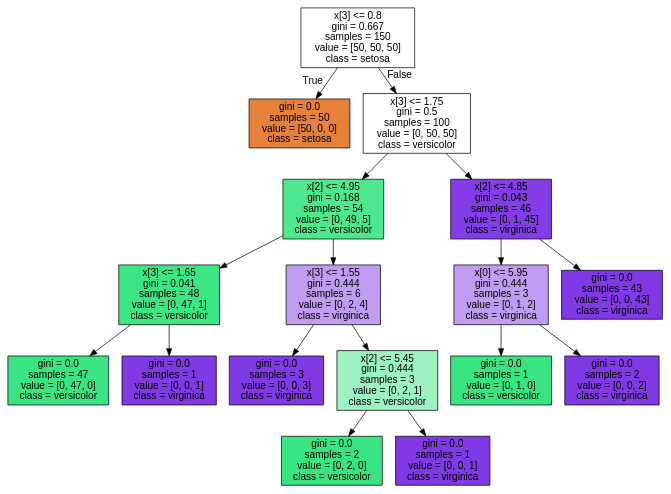
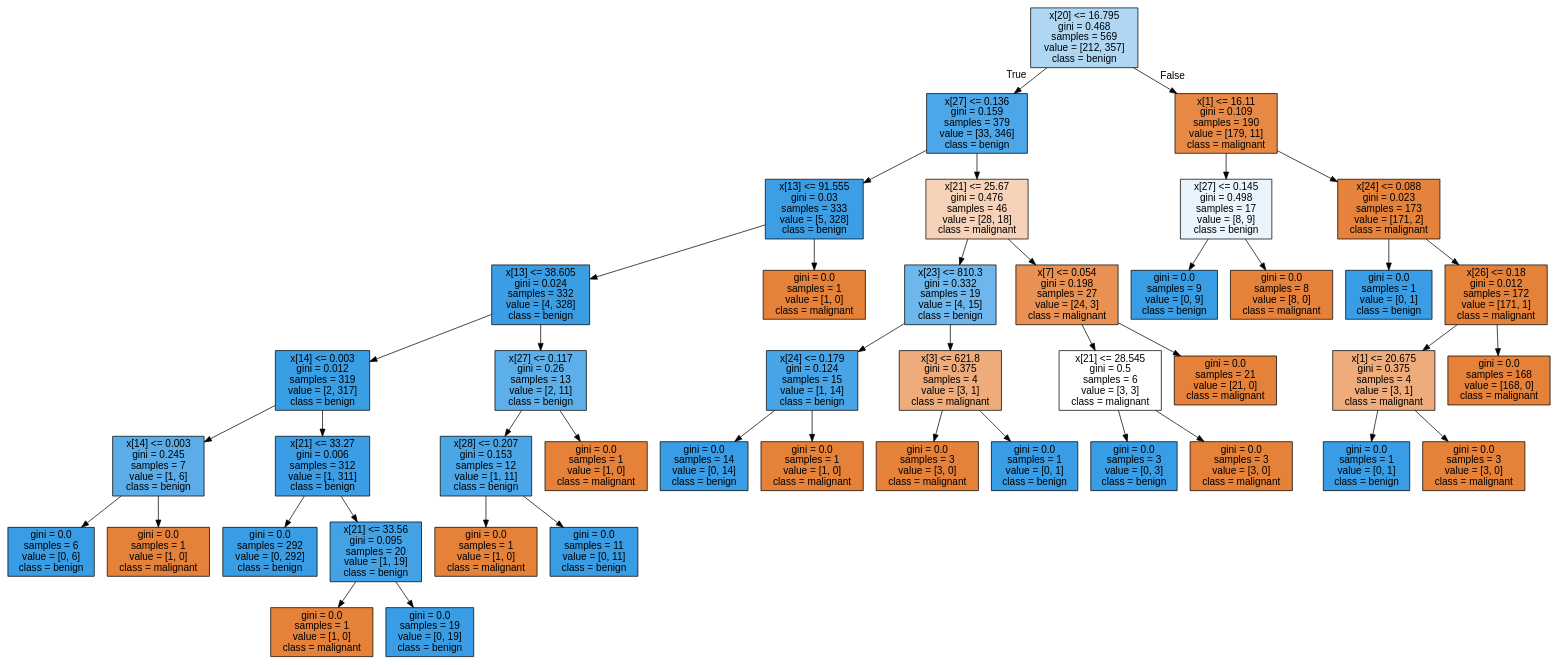
One commit to Souniz/master1 changed the diagram in S1/Apprentissage_Auto/TP/tree.dot. Above: the diagram before and after it, drawn with Graphviz. The commit also changed 6 other files, not shown here.

```diff
--- a/S1/Apprentissage_Auto/TP/tree.dot
+++ b/S1/Apprentissage_Auto/TP/tree.dot
@@ -1,37 +1,89 @@
 digraph Tree {
 node [shape=box, style="filled", color="black", fontname="helvetica"] ;
 edge [fontname="helvetica"] ;
-0 [label="x[3] <= 0.8\ngini = 0.667\nsamples = 150\nvalue = [50, 50, 50]\nclass = setosa", fillcolor="#ffffff"] ;
-1 [label="gini = 0.0\nsamples = 50\nvalue = [50, 0, 0]\nclass = setosa", fillcolor="#e58139"] ;
+0 [label="x[20] <= 16.795\ngini = 0.468\nsamples = 569\nvalue = [212, 357]\nclass = benign", fillcolor="#afd7f4"] ;
+1 [label="x[27] <= 0.136\ngini = 0.159\nsamples = 379\nvalue = [33, 346]\nclass = benign", fillcolor="#4ca6e7"] ;
 0 -> 1 [labeldistance=2.5, labelangle=45, headlabel="True"] ;
-2 [label="x[3] <= 1.75\ngini = 0.5\nsamples = 100\nvalue = [0, 50, 50]\nclass = versicolor", fillcolor="#ffffff"] ;
-0 -> 2 [labeldistance=2.5, labelangle=-45, headlabel="False"] ;
-3 [label="x[2] <= 4.95\ngini = 0.168\nsamples = 54\nvalue = [0, 49, 5]\nclass = versicolor", fillcolor="#4de88e"] ;
+2 [label="x[13] <= 91.555\ngini = 0.03\nsamples = 333\nvalue = [5, 328]\nclass = benign", fillcolor="#3c9ee5"] ;
+1 -> 2 ;
+3 [label="x[13] <= 38.605\ngini = 0.024\nsamples = 332\nvalue = [4, 328]\nclass = benign", fillcolor="#3b9ee5"] ;
 2 -> 3 ;
-4 [label="x[3] <= 1.65\ngini = 0.041\nsamples = 48\nvalue = [0, 47, 1]\nclass = versicolor", fillcolor="#3de684"] ;
+4 [label="x[14] <= 0.003\ngini = 0.012\nsamples = 319\nvalue = [2, 317]\nclass = benign", fillcolor="#3a9ee5"] ;
 3 -> 4 ;
-5 [label="gini = 0.0\nsamples = 47\nvalue = [0, 47, 0]\nclass = versicolor", fillcolor="#39e581"] ;
+5 [label="x[14] <= 0.003\ngini = 0.245\nsamples = 7\nvalue = [1, 6]\nclass = benign", fillcolor="#5aade9"] ;
 4 -> 5 ;
-6 [label="gini = 0.0\nsamples = 1\nvalue = [0, 0, 1]\nclass = virginica", fillcolor="#8139e5"] ;
-4 -> 6 ;
-7 [label="x[3] <= 1.55\ngini = 0.444\nsamples = 6\nvalue = [0, 2, 4]\nclass = virginica", fillcolor="#c09cf2"] ;
-3 -> 7 ;
-8 [label="gini = 0.0\nsamples = 3\nvalue = [0, 0, 3]\nclass = virginica", fillcolor="#8139e5"] ;
-7 -> 8 ;
-9 [label="x[2] <= 5.45\ngini = 0.444\nsamples = 3\nvalue = [0, 2, 1]\nclass = versicolor", fillcolor="#9cf2c0"] ;
-7 -> 9 ;
-10 [label="gini = 0.0\nsamples = 2\nvalue = [0, 2, 0]\nclass = versicolor", fillcolor="#39e581"] ;
-9 -> 10 ;
-11 [label="gini = 0.0\nsamples = 1\nvalue = [0, 0, 1]\nclass = virginica", fillcolor="#8139e5"] ;
-9 -> 11 ;
-12 [label="x[2] <= 4.85\ngini = 0.043\nsamples = 46\nvalue = [0, 1, 45]\nclass = virginica", fillcolor="#843de6"] ;
-2 -> 12 ;
-13 [label="x[0] <= 5.95\ngini = 0.444\nsamples = 3\nvalue = [0, 1, 2]\nclass = virginica", fillcolor="#c09cf2"] ;
-12 -> 13 ;
-14 [label="gini = 0.0\nsamples = 1\nvalue = [0, 1, 0]\nclass = versicolor", fillcolor="#39e581"] ;
+6 [label="gini = 0.0\nsamples = 6\nvalue = [0, 6]\nclass = benign", fillcolor="#399de5"] ;
+5 -> 6 ;
+7 [label="gini = 0.0\nsamples = 1\nvalue = [1, 0]\nclass = malignant", fillcolor="#e58139"] ;
+5 -> 7 ;
+8 [label="x[21] <= 33.27\ngini = 0.006\nsamples = 312\nvalue = [1, 311]\nclass = benign", fillcolor="#3a9de5"] ;
+4 -> 8 ;
+9 [label="gini = 0.0\nsamples = 292\nvalue = [0, 292]\nclass = benign", fillcolor="#399de5"] ;
+8 -> 9 ;
+10 [label="x[21] <= 33.56\ngini = 0.095\nsamples = 20\nvalue = [1, 19]\nclass = benign", fillcolor="#43a2e6"] ;
+8 -> 10 ;
+11 [label="gini = 0.0\nsamples = 1\nvalue = [1, 0]\nclass = malignant", fillcolor="#e58139"] ;
+10 -> 11 ;
+12 [label="gini = 0.0\nsamples = 19\nvalue = [0, 19]\nclass = benign", fillcolor="#399de5"] ;
+10 -> 12 ;
+13 [label="x[27] <= 0.117\ngini = 0.26\nsamples = 13\nvalue = [2, 11]\nclass = benign", fillcolor="#5dafea"] ;
+3 -> 13 ;
+14 [label="x[28] <= 0.207\ngini = 0.153\nsamples = 12\nvalue = [1, 11]\nclass = benign", fillcolor="#4ba6e7"] ;
 13 -> 14 ;
-15 [label="gini = 0.0\nsamples = 2\nvalue = [0, 0, 2]\nclass = virginica", fillcolor="#8139e5"] ;
-13 -> 15 ;
-16 [label="gini = 0.0\nsamples = 43\nvalue = [0, 0, 43]\nclass = virginica", fillcolor="#8139e5"] ;
-12 -> 16 ;
+15 [label="gini = 0.0\nsamples = 1\nvalue = [1, 0]\nclass = malignant", fillcolor="#e58139"] ;
+14 -> 15 ;
+16 [label="gini = 0.0\nsamples = 11\nvalue = [0, 11]\nclass = benign", fillcolor="#399de5"] ;
+14 -> 16 ;
+17 [label="gini = 0.0\nsamples = 1\nvalue = [1, 0]\nclass = malignant", fillcolor="#e58139"] ;
+13 -> 17 ;
+18 [label="gini = 0.0\nsamples = 1\nvalue = [1, 0]\nclass = malignant", fillcolor="#e58139"] ;
+2 -> 18 ;
+19 [label="x[21] <= 25.67\ngini = 0.476\nsamples = 46\nvalue = [28, 18]\nclass = malignant", fillcolor="#f6d2b8"] ;
+1 -> 19 ;
+20 [label="x[23] <= 810.3\ngini = 0.332\nsamples = 19\nvalue = [4, 15]\nclass = benign", fillcolor="#6eb7ec"] ;
+19 -> 20 ;
+21 [label="x[24] <= 0.179\ngini = 0.124\nsamples = 15\nvalue = [1, 14]\nclass = benign", fillcolor="#47a4e7"] ;
+20 -> 21 ;
+22 [label="gini = 0.0\nsamples = 14\nvalue = [0, 14]\nclass = benign", fillcolor="#399de5"] ;
+21 -> 22 ;
+23 [label="gini = 0.0\nsamples = 1\nvalue = [1, 0]\nclass = malignant", fillcolor="#e58139"] ;
+21 -> 23 ;
+24 [label="x[3] <= 621.8\ngini = 0.375\nsamples = 4\nvalue = [3, 1]\nclass = malignant", fillcolor="#eeab7b"] ;
+20 -> 24 ;
+25 [label="gini = 0.0\nsamples = 3\nvalue = [3, 0]\nclass = malignant", fillcolor="#e58139"] ;
+24 -> 25 ;
+26 [label="gini = 0.0\nsamples = 1\nvalue = [0, 1]\nclass = benign", fillcolor="#399de5"] ;
+24 -> 26 ;
+27 [label="x[7] <= 0.054\ngini = 0.198\nsamples = 27\nvalue = [24, 3]\nclass = malignant", fillcolor="#e89152"] ;
+19 -> 27 ;
+28 [label="x[21] <= 28.545\ngini = 0.5\nsamples = 6\nvalue = [3, 3]\nclass = malignant", fillcolor="#ffffff"] ;
+27 -> 28 ;
+29 [label="gini = 0.0\nsamples = 3\nvalue = [0, 3]\nclass = benign", fillcolor="#399de5"] ;
+28 -> 29 ;
+30 [label="gini = 0.0\nsamples = 3\nvalue = [3, 0]\nclass = malignant", fillcolor="#e58139"] ;
+28 -> 30 ;
+31 [label="gini = 0.0\nsamples = 21\nvalue = [21, 0]\nclass = malignant", fillcolor="#e58139"] ;
+27 -> 31 ;
+32 [label="x[1] <= 16.11\ngini = 0.109\nsamples = 190\nvalue = [179, 11]\nclass = malignant", fillcolor="#e78945"] ;
+0 -> 32 [labeldistance=2.5, labelangle=-45, headlabel="False"] ;
+33 [label="x[27] <= 0.145\ngini = 0.498\nsamples = 17\nvalue = [8, 9]\nclass = benign", fillcolor="#e9f4fc"] ;
+32 -> 33 ;
+34 [label="gini = 0.0\nsamples = 9\nvalue = [0, 9]\nclass = benign", fillcolor="#399de5"] ;
+33 -> 34 ;
+35 [label="gini = 0.0\nsamples = 8\nvalue = [8, 0]\nclass = malignant", fillcolor="#e58139"] ;
+33 -> 35 ;
+36 [label="x[24] <= 0.088\ngini = 0.023\nsamples = 173\nvalue = [171, 2]\nclass = malignant", fillcolor="#e5823b"] ;
+32 -> 36 ;
+37 [label="gini = 0.0\nsamples = 1\nvalue = [0, 1]\nclass = benign", fillcolor="#399de5"] ;
+36 -> 37 ;
+38 [label="x[26] <= 0.18\ngini = 0.012\nsamples = 172\nvalue = [171, 1]\nclass = malignant", fillcolor="#e5823a"] ;
+36 -> 38 ;
+39 [label="x[1] <= 20.675\ngini = 0.375\nsamples = 4\nvalue = [3, 1]\nclass = malignant", fillcolor="#eeab7b"] ;
+38 -> 39 ;
+40 [label="gini = 0.0\nsamples = 1\nvalue = [0, 1]\nclass = benign", fillcolor="#399de5"] ;
+39 -> 40 ;
+41 [label="gini = 0.0\nsamples = 3\nvalue = [3, 0]\nclass = malignant", fillcolor="#e58139"] ;
+39 -> 41 ;
+42 [label="gini = 0.0\nsamples = 168\nvalue = [168, 0]\nclass = malignant", fillcolor="#e58139"] ;
+38 -> 42 ;
 }
```
